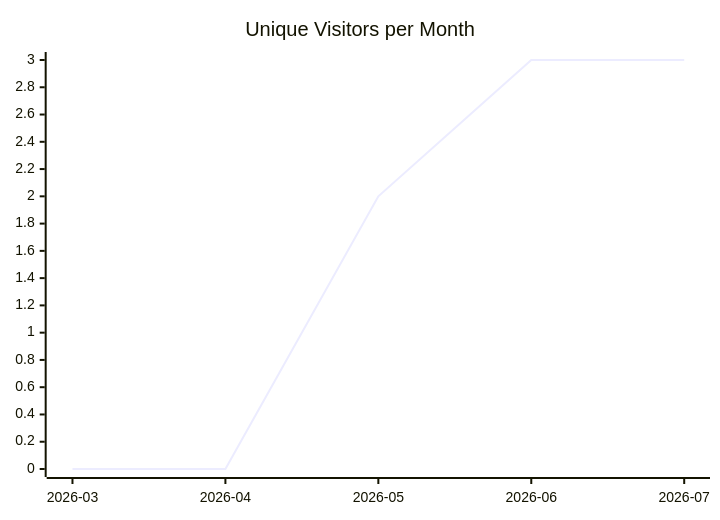
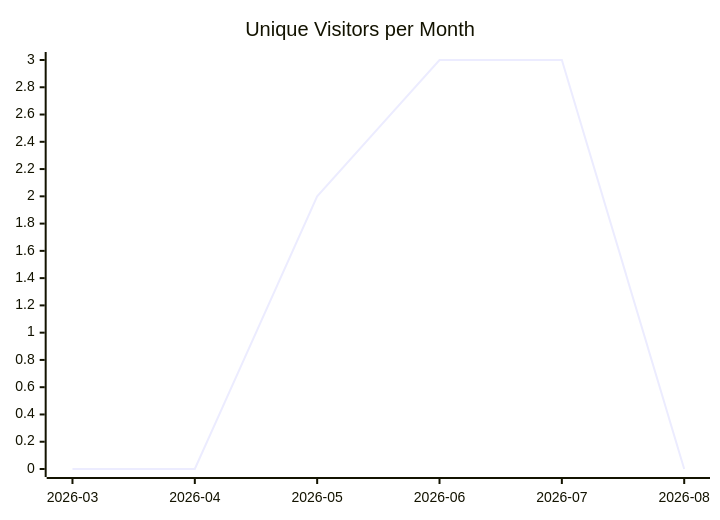
Before and after one commit to justdavis-family/github-analytics-data: the first of 3 diagrams in karlmdavis/justdavis-karl/README.md, drawn with Mermaid. The commit also changed other lines of this file and 180 other files, not shown here.

````diff
--- a/karlmdavis/justdavis-karl/README.md
+++ b/karlmdavis/justdavis-karl/README.md
@@ -5,6 +5,6 @@
 ```mermaid
 xychart-beta
   title "Unique Visitors per Month"
-  x-axis ["2026-03", "2026-04", "2026-05", "2026-06", "2026-07"]
-  line [0, 0, 2, 3, 3]
+  x-axis ["2026-03", "2026-04", "2026-05", "2026-06", "2026-07", "2026-08"]
+  line [0, 0, 2, 3, 3, 0]
 ```
````
